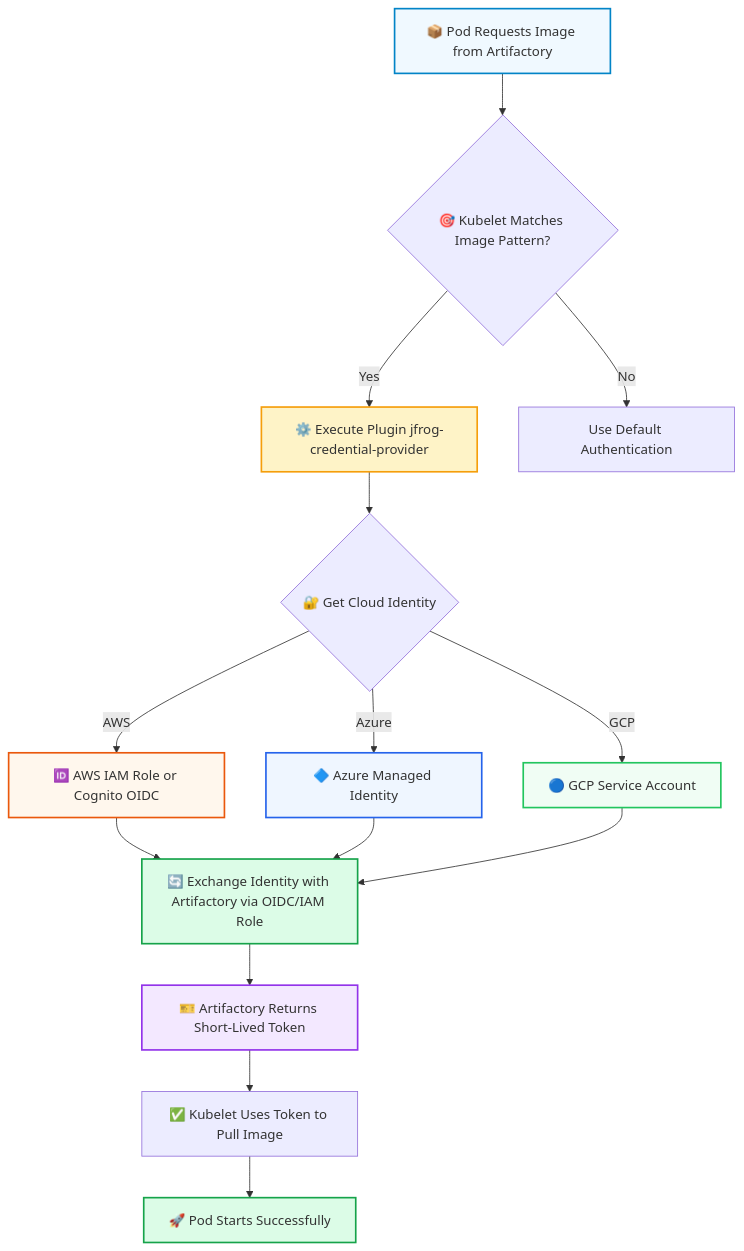
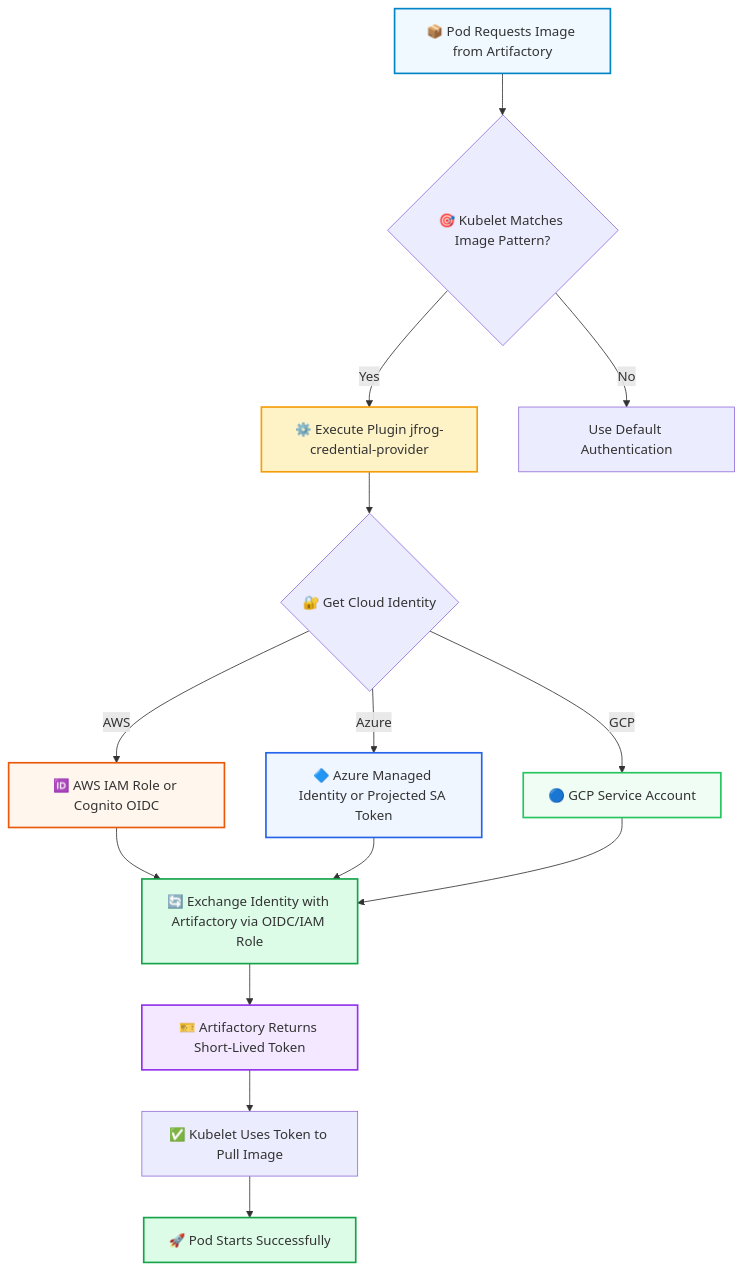
The diagram in README.md (tomjfrog/jfrog-credentials-provider), drawn with Mermaid before and after one commit. The commit also changed other lines of this file and 8 other files, not shown here.

````diff
--- a/README.md
+++ b/README.md
@@ -63,28 +63,28 @@
 ```mermaid
 flowchart TD
     Start[📦 Pod Requests Image from Artifactory] --> Check{🎯 Kubelet Matches Image Pattern?}
     Check -->|Yes| Execute[⚙️ Execute Plugin jfrog-credential-provider]
     Check -->|No| Default[Use Default Authentication]
     
     Execute --> Identity{🔐 Get Cloud Identity}
     Identity -->|AWS| AWS[🆔 AWS IAM Role or Cognito OIDC]
-    Identity -->|Azure| Azure[🔷 Azure Managed Identity]
+    Identity -->|Azure| Azure[🔷 Azure Managed Identity or Projected SA Token]
     Identity -->|GCP| GCP[🔵 GCP Service Account]
     
     AWS --> Exchange[🔄 Exchange Identity with Artifactory via OIDC/IAM Role]
     Azure --> Exchange
     GCP --> Exchange
     
     Exchange --> Token[🎫 Artifactory Returns Short-Lived Token]
     Token --> Pull[✅ Kubelet Uses Token to Pull Image]
     Pull --> Success[🚀 Pod Starts Successfully]
     
     style Start fill:#f0f9ff,stroke:#0284c7,stroke-width:2px
     style Execute fill:#fef3c7,stroke:#f59e0b,stroke-width:2px
     style Exchange fill:#dcfce7,stroke:#16a34a,stroke-width:2px
     style Token fill:#f3e8ff,stroke:#9333ea,stroke-width:2px
     style Success fill:#dcfce7,stroke:#16a34a,stroke-width:2px
     style AWS fill:#fff7ed,stroke:#ea580c,stroke-width:2px
     style Azure fill:#eff6ff,stroke:#2563eb,stroke-width:2px
     style GCP fill:#f0fdf4,stroke:#22c55e,stroke-width:2px
 ```
````
